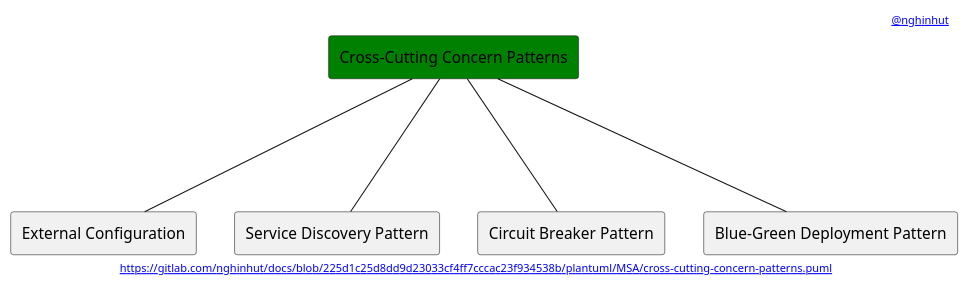
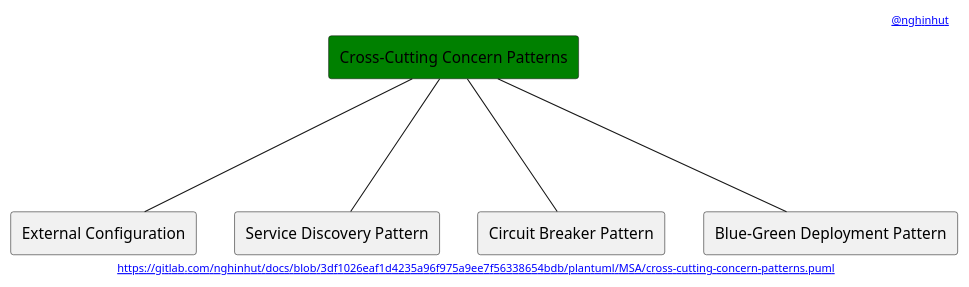
One commit to nghinhut/docs changed the diagram in plantuml/MSA/cross-cutting-concern-patterns.puml. Above: the diagram before and after it, drawn with PlantUML. The commit also changed 24 other files, not shown here.

Commit message:
docs(plantuml): update header

```diff
--- a/plantuml/MSA/cross-cutting-concern-patterns.puml
+++ b/plantuml/MSA/cross-cutting-concern-patterns.puml
@@ -1,18 +1,18 @@
 @startuml
 '-----START auto generated metadata please keep comment here to allow auto update-----
 '-----DON'T EDIT THIS SECTION, INSTEAD RE-RUN prebuild.sh TO UPDATE-----
-header [[https://www.nghinhut.dev?from=http%5C%3A%5C%2F%5C%2Fwww%5C.plantuml%5C.com%5C%2Fplantuml%5C%2Fproxy%3Ffmt%3Dsvg%5C%26src%3Dhttps%5C%3A%5C%2F%5C%2Fgitlab%5C.com%5C%2Fnghinhut%5C%2Fdocs%5C%2Fraw%5C%2F225d1c25d8dd9d23033cf4ff7cccac23f934538b%5C%2Fplantuml%5C%2FMSA%5C%2Fcross-cutting-concern-patterns%5C.puml%0A @nghinhut]]
-footer [[http://www.plantuml.com/plantuml/proxy?fmt=svg&src=https://gitlab.com/nghinhut/docs/raw/225d1c25d8dd9d23033cf4ff7cccac23f934538b/plantuml/MSA/cross-cutting-concern-patterns.puml https://gitlab.com/nghinhut/docs/blob/225d1c25d8dd9d23033cf4ff7cccac23f934538b/plantuml/MSA/cross-cutting-concern-patterns.puml]]
+header [[https://www.nghinhut.dev?from=http%5C%3A%5C%2F%5C%2Fwww%5C.plantuml%5C.com%5C%2Fplantuml%5C%2Fproxy%3Ffmt%3Dsvg%5C%26src%3Dhttps%5C%3A%5C%2F%5C%2Fgitlab%5C.com%5C%2Fnghinhut%5C%2Fdocs%5C%2Fraw%5C%2F3df1026eaf1d4235a96f975a9ee7f56338654bdb%5C%2Fplantuml%5C%2FMSA%5C%2Fcross-cutting-concern-patterns%5C.puml%0A @nghinhut]]
+footer [[http://www.plantuml.com/plantuml/proxy?fmt=svg&src=https://gitlab.com/nghinhut/docs/raw/3df1026eaf1d4235a96f975a9ee7f56338654bdb/plantuml/MSA/cross-cutting-concern-patterns.puml https://gitlab.com/nghinhut/docs/blob/3df1026eaf1d4235a96f975a9ee7f56338654bdb/plantuml/MSA/cross-cutting-concern-patterns.puml]]
 '-----END auto generated metadata please keep comment here to allow auto update-----
 
 rectangle "Cross-Cutting Concern Patterns" as CrossCuttingConcern #green
 
 rectangle "External Configuration" as CrossCuttingConcernP1
 rectangle "Service Discovery Pattern" as CrossCuttingConcernP2
 rectangle "Circuit Breaker Pattern" as CrossCuttingConcernP3
 rectangle "Blue-Green Deployment Pattern" as CrossCuttingConcernP4
 CrossCuttingConcern --- CrossCuttingConcernP1
 CrossCuttingConcern --- CrossCuttingConcernP2
 CrossCuttingConcern --- CrossCuttingConcernP3
 CrossCuttingConcern --- CrossCuttingConcernP4
 @enduml
```
